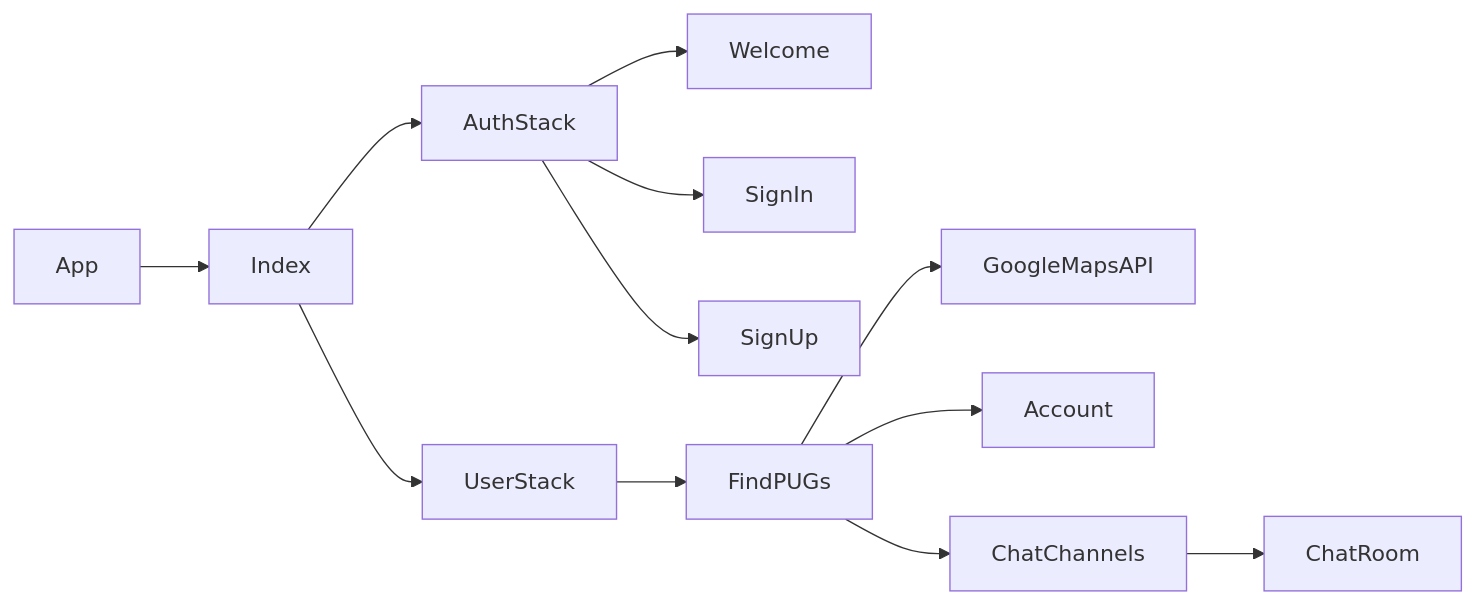
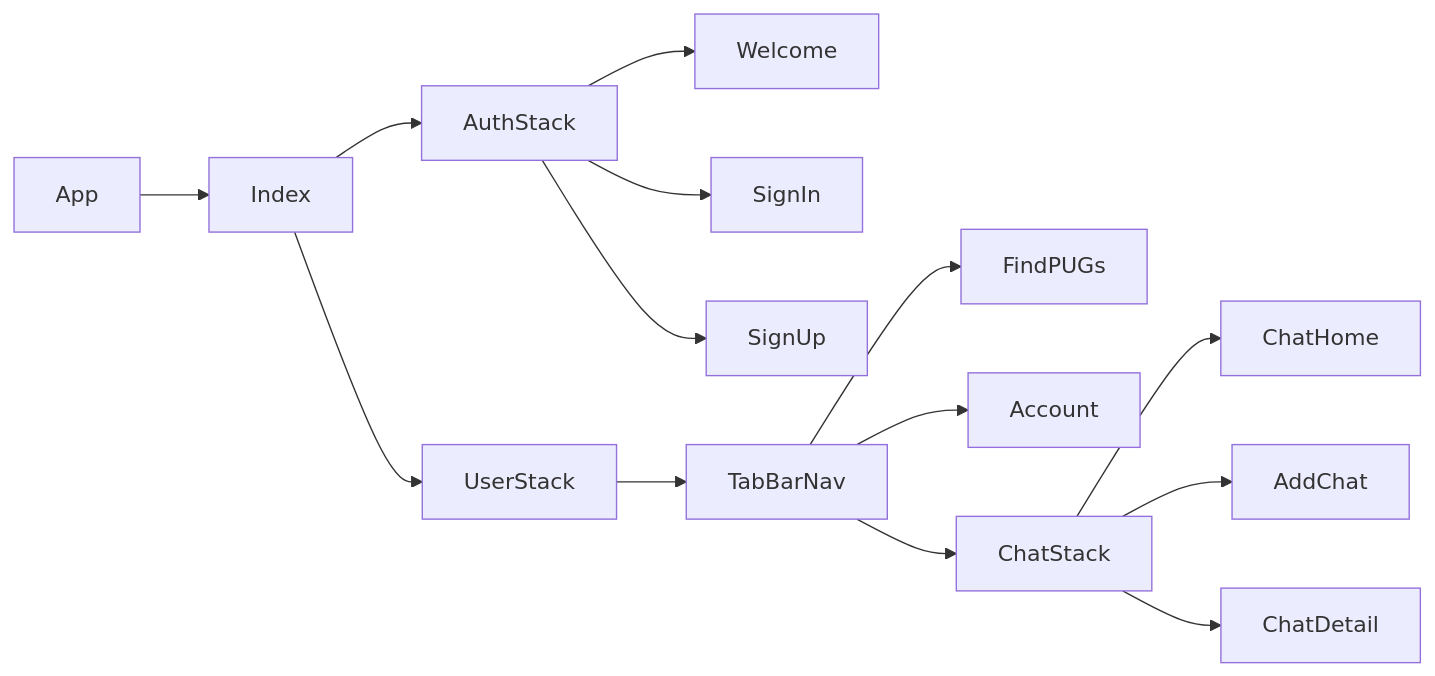
One commit to chess2022/Got-Next changed the diagram in readme.md. Above: the diagram before and after it, drawn with Mermaid. The commit also changed 6 other files, not shown here.

````diff
--- a/readme.md
+++ b/readme.md
@@ -39,14 +39,16 @@
 ```mermaid
 flowchart LR
 App-->Index
 Index-->AuthStack
 Index-->UserStack
 AuthStack-->Welcome
 AuthStack-->SignIn
 AuthStack-->SignUp
-UserStack-->FindPUGs
-FindPUGs-->GoogleMapsAPI
-FindPUGs-->Account
-FindPUGs-->ChatChannels
-ChatChannels-->ChatRoom
+UserStack-->TabBarNav
+TabBarNav-->FindPUGs
+TabBarNav-->Account
+TabBarNav-->ChatStack
+ChatStack-->ChatHome
+ChatStack-->AddChat
+ChatStack-->ChatDetail
 ```
````
